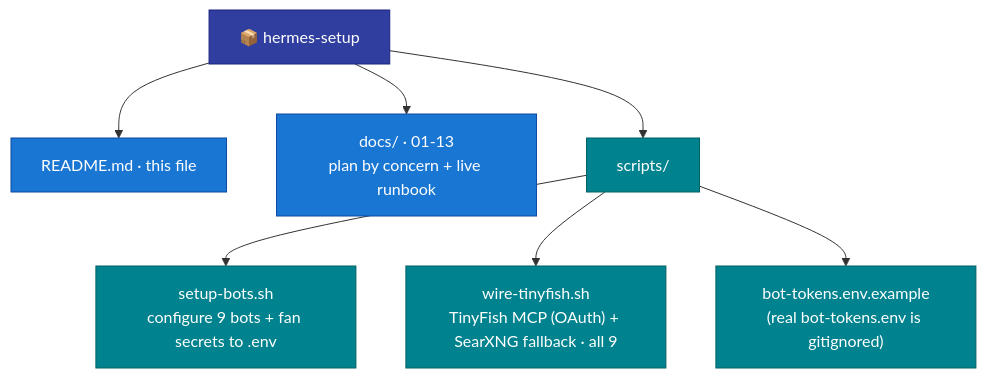
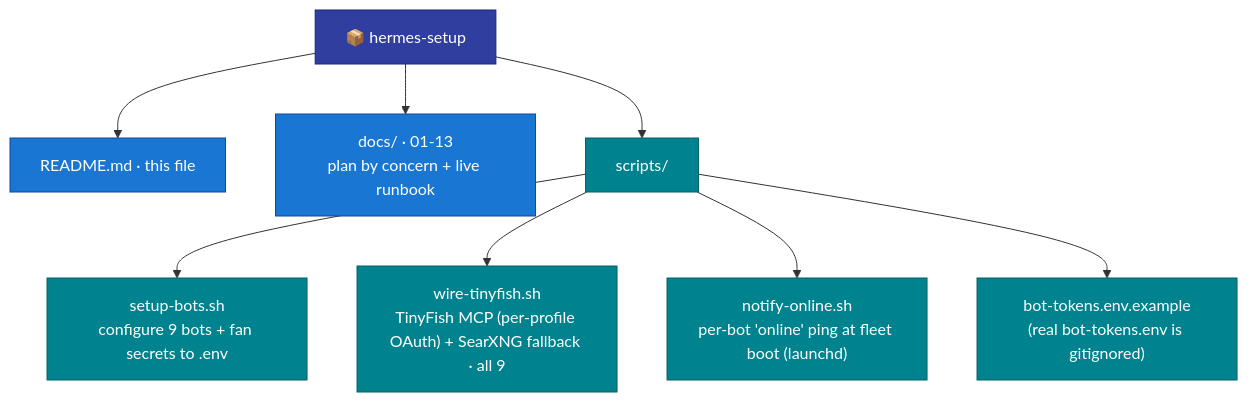
One commit to mpolatcan/hermes-setup changed the fifth of 5 diagrams in README.md. Above: the diagram before and after it, drawn with Mermaid. The commit also changed other lines of this file and 4 other files, not shown here.

First line of the commit message:
fix(tinyfish): per-profile OAuth — drop invalid token-seeding; add fleet startup ping

````diff
--- a/README.md
+++ b/README.md
@@ -266,13 +265,14 @@
 ```mermaid
 flowchart TB
     root["📦 hermes-setup"]:::root
     root --> readme["README.md · this file"]:::doc
     root --> docs["docs/ · 01-13<br/>plan by concern + live runbook"]:::doc
     root --> scripts["scripts/"]:::svc
     scripts --> sb["setup-bots.sh<br/>configure 9 bots + fan secrets to .env"]:::svc
-    scripts --> wt["wire-tinyfish.sh<br/>TinyFish MCP (OAuth) + SearXNG fallback · all 9"]:::svc
+    scripts --> wt["wire-tinyfish.sh<br/>TinyFish MCP (per-profile OAuth) + SearXNG fallback · all 9"]:::svc
+    scripts --> no["notify-online.sh<br/>per-bot 'online' ping at fleet boot (launchd)"]:::svc
     scripts --> ex["bot-tokens.env.example<br/>(real bot-tokens.env is gitignored)"]:::svc
     classDef root fill:#303F9F,stroke:#1A237E,color:#fff
     classDef doc fill:#1976D2,stroke:#0D47A1,color:#fff
     classDef svc fill:#00838F,stroke:#006064,color:#fff
 ```
````
